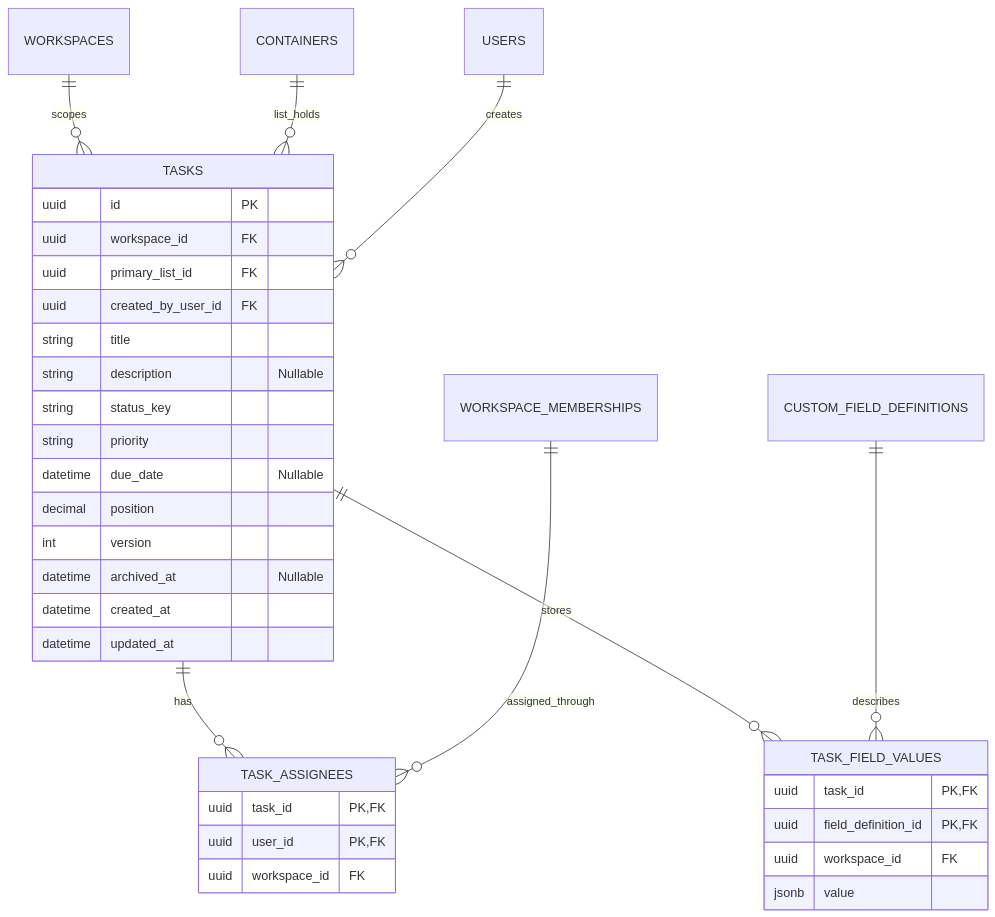
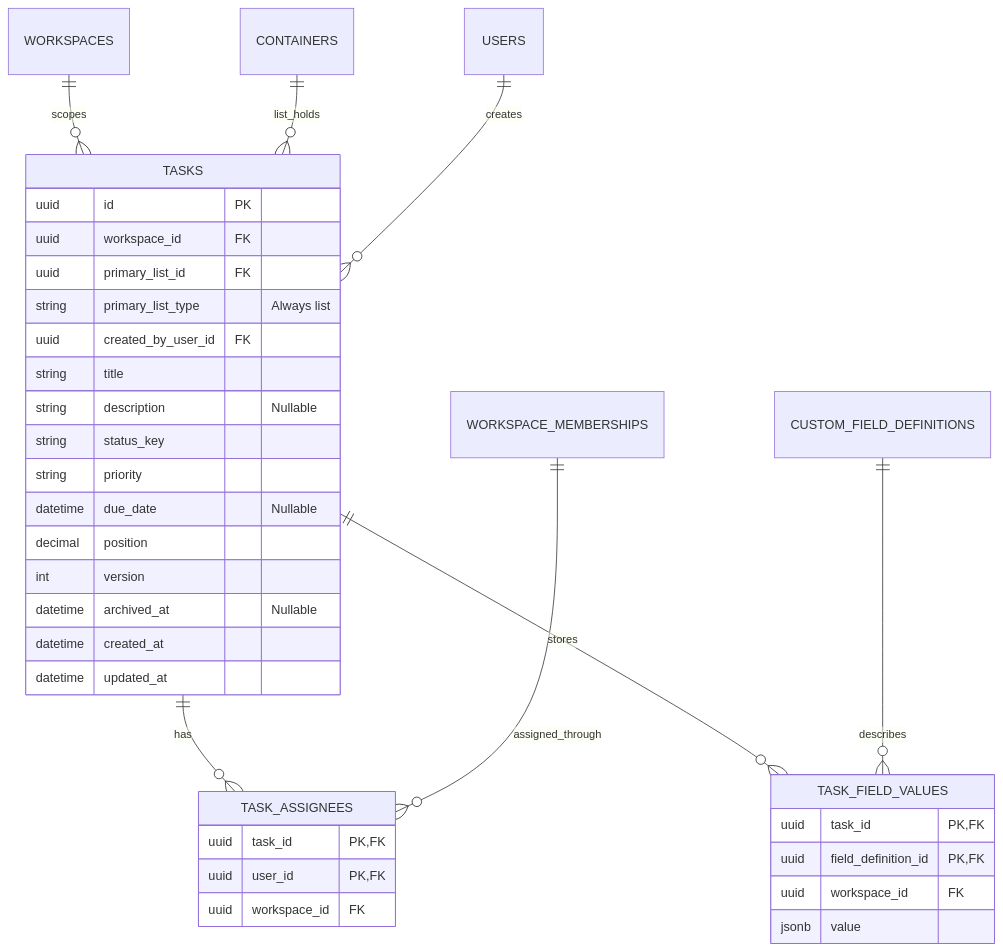
The first of 4 diagrams in docs/modules/tasks.md (androizer/flowboard), drawn with Mermaid before and after one commit. The commit also changed other lines of this file and 10 other files, not shown here.

````diff
--- a/docs/modules/tasks.md
+++ b/docs/modules/tasks.md
@@ -17,38 +17,39 @@
 ```mermaid
 erDiagram
     WORKSPACES ||--o{ TASKS : scopes
     CONTAINERS ||--o{ TASKS : list_holds
     USERS ||--o{ TASKS : creates
     TASKS ||--o{ TASK_ASSIGNEES : has
     WORKSPACE_MEMBERSHIPS ||--o{ TASK_ASSIGNEES : assigned_through
     TASKS ||--o{ TASK_FIELD_VALUES : stores
     CUSTOM_FIELD_DEFINITIONS ||--o{ TASK_FIELD_VALUES : describes
 
     TASKS {
         uuid id PK
         uuid workspace_id FK
         uuid primary_list_id FK
+        string primary_list_type "Always list"
         uuid created_by_user_id FK
         string title
         string description "Nullable"
         string status_key
         string priority
         datetime due_date "Nullable"
         decimal position
         int version
         datetime archived_at "Nullable"
         datetime created_at
         datetime updated_at
     }
     TASK_ASSIGNEES {
         uuid task_id PK, FK
         uuid user_id PK, FK
         uuid workspace_id FK
     }
     TASK_FIELD_VALUES {
         uuid task_id PK, FK
         uuid field_definition_id PK, FK
         uuid workspace_id FK
         jsonb value
     }
 ```
````
